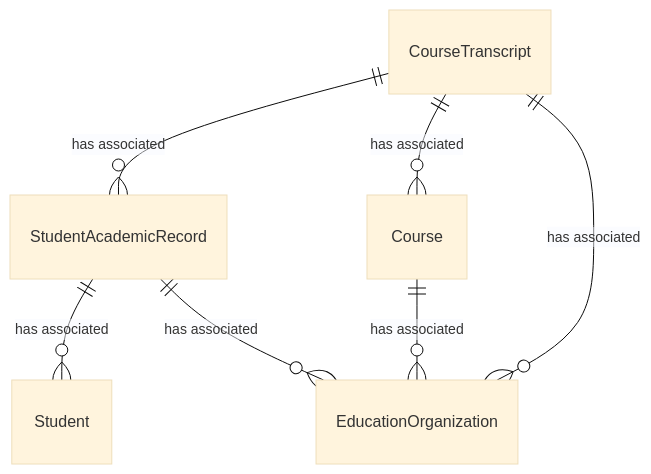
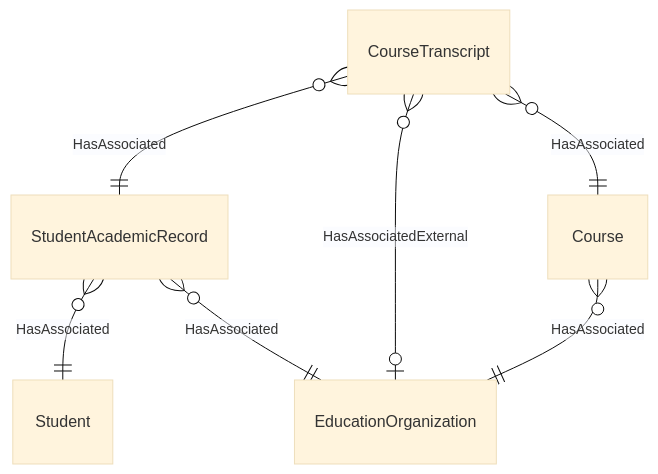
Before and after one commit to Ed-Fi-Alliance-OSS/ed-fi-alliance-oss.github.io: the diagram in dataStandard_versioned_docs/version-6/model-reference/student-academic-record-domain/StudentAcademicRecord-StudentTranscript-simple.mmd, drawn with Mermaid (base theme). The commit also changed 67 other files, not shown here.

First line of the commit message:
Updated .mmd diagrams with adjusted relationships based on DATASTD-2596

```diff
--- a/dataStandard_versioned_docs/version-6/model-reference/student-academic-record-domain/StudentAcademicRecord-StudentTranscript-simple.mmd
+++ b/dataStandard_versioned_docs/version-6/model-reference/student-academic-record-domain/StudentAcademicRecord-StudentTranscript-simple.mmd
@@ -1,17 +1,17 @@
 erDiagram
     Student {
     }
     StudentAcademicRecord {
     }
     CourseTranscript {
     }
     Course {
     }
     EducationOrganization {
     }
-    CourseTranscript ||--o{ StudentAcademicRecord : "has associated"
-    CourseTranscript ||--o{ Course : "has associated"
-    CourseTranscript ||--o{ EducationOrganization : "has associated"
-    StudentAcademicRecord ||--o{ Student : "has associated"
-    StudentAcademicRecord ||--o{ EducationOrganization : "has associated"
-    Course ||--o{ EducationOrganization : "has associated"
+    CourseTranscript }o--|| StudentAcademicRecord : "HasAssociated"
+    CourseTranscript }o--o| EducationOrganization : "HasAssociatedExternal"
+    CourseTranscript }o--|| Course : "HasAssociated"
+    StudentAcademicRecord }o--|| Student : "HasAssociated"
+    StudentAcademicRecord }o--|| EducationOrganization : "HasAssociated"
+    Course }o--|| EducationOrganization : "HasAssociated"
```
